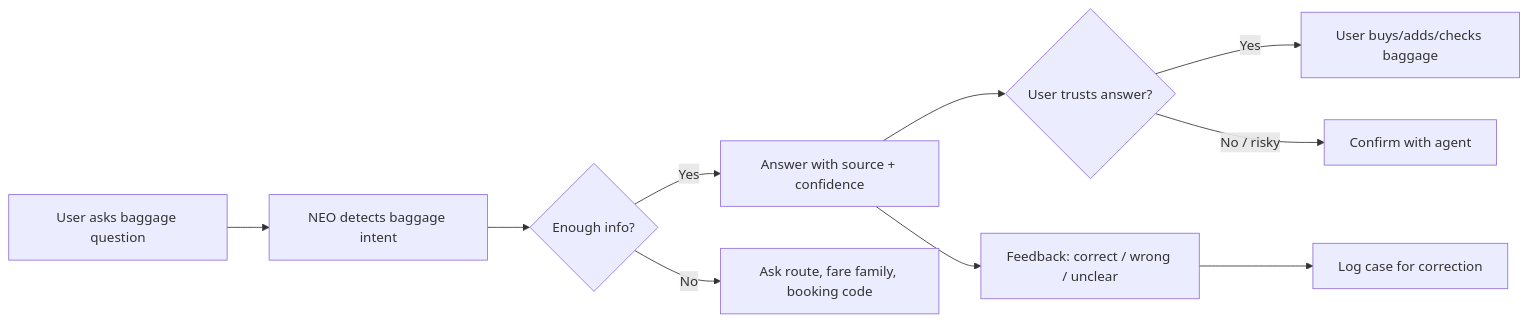
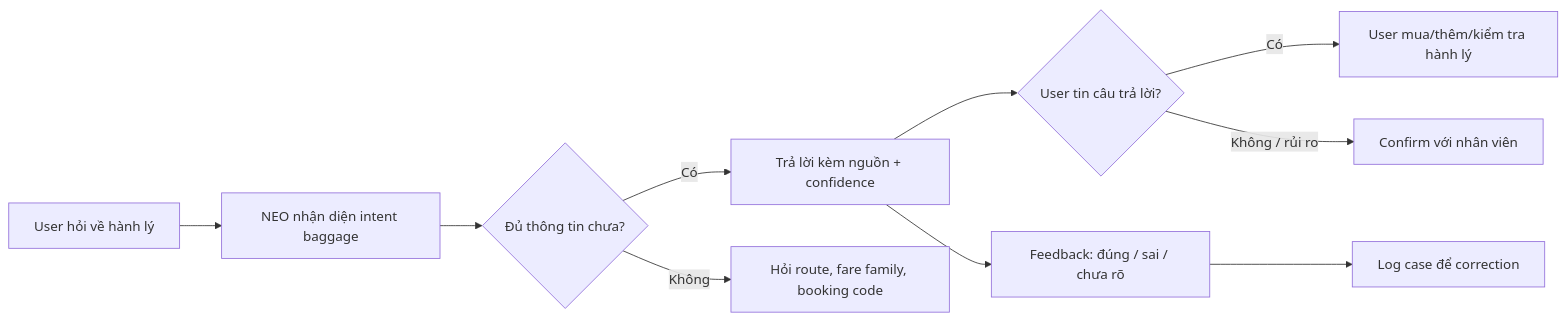
The diagram in Day05-2A202600793-DoVanCung/01-invidual-workshop/app-teardown.md (cunghande/Vin-AI-Practice), drawn with Mermaid before and after one commit. The commit also changed other lines of this file, not shown here.

````diff
--- a/Day05-2A202600793-DoVanCung/01-invidual-workshop/app-teardown.md
+++ b/Day05-2A202600793-DoVanCung/01-invidual-workshop/app-teardown.md
@@ -83,12 +85,12 @@
 ```mermaid
 flowchart LR
-  A["User asks baggage question"] --> B["NEO detects baggage intent"]
-  B --> C{"Enough info?"}
-  C -- "Yes" --> D["Answer with source + confidence"]
-  C -- "No" --> E["Ask route, fare family, booking code"]
-  D --> F{"User trusts answer?"}
-  F -- "Yes" --> G["User buys/adds/checks baggage"]
-  F -- "No / risky" --> H["Confirm with agent"]
-  D --> I["Feedback: correct / wrong / unclear"]
-  I --> J["Log case for correction"]
+  A["User hỏi về hành lý"] --> B["NEO nhận diện intent baggage"]
+  B --> C{"Đủ thông tin chưa?"}
+  C -- "Có" --> D["Trả lời kèm nguồn + confidence"]
+  C -- "Không" --> E["Hỏi route, fare family, booking code"]
+  D --> F{"User tin câu trả lời?"}
+  F -- "Có" --> G["User mua/thêm/kiểm tra hành lý"]
+  F -- "Không / rủi ro" --> H["Confirm với nhân viên"]
+  D --> I["Feedback: đúng / sai / chưa rõ"]
+  I --> J["Log case để correction"]
 ```
````
